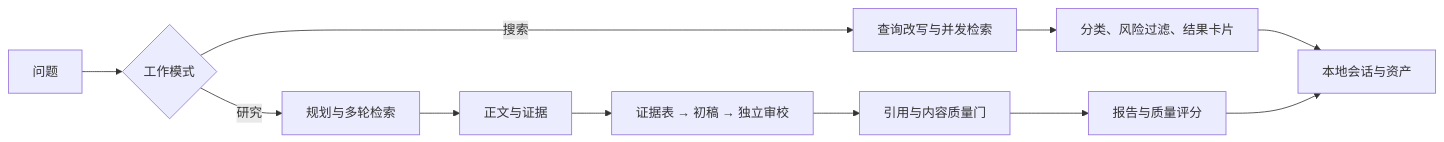
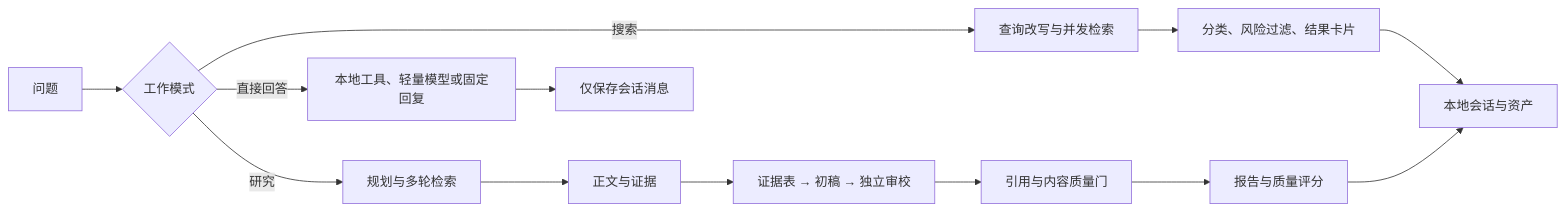
The first of 5 diagrams in README.md (AllSuoHa/DeepSearch), drawn with Mermaid before and after one commit. The commit also changed other lines of this file and 66 other files, not shown here.

````diff
--- a/README.md
+++ b/README.md
@@ -30,13 +31,15 @@
 ```mermaid
 flowchart LR
     U[问题] --> R{工作模式}
+    R -->|直接回答| H[本地工具、轻量模型或固定回复]
     R -->|搜索| S[查询改写与并发检索]
     S --> C[分类、风险过滤、结果卡片]
     R -->|研究| P[规划与多轮检索]
     P --> E[正文与证据]
     E --> G[证据表 → 初稿 → 独立审校]
     G --> Q[引用与内容质量门]
     Q --> A[报告与质量评分]
     C --> L[本地会话与资产]
     A --> L
+    H --> M[仅保存会话消息]
 ```
````
